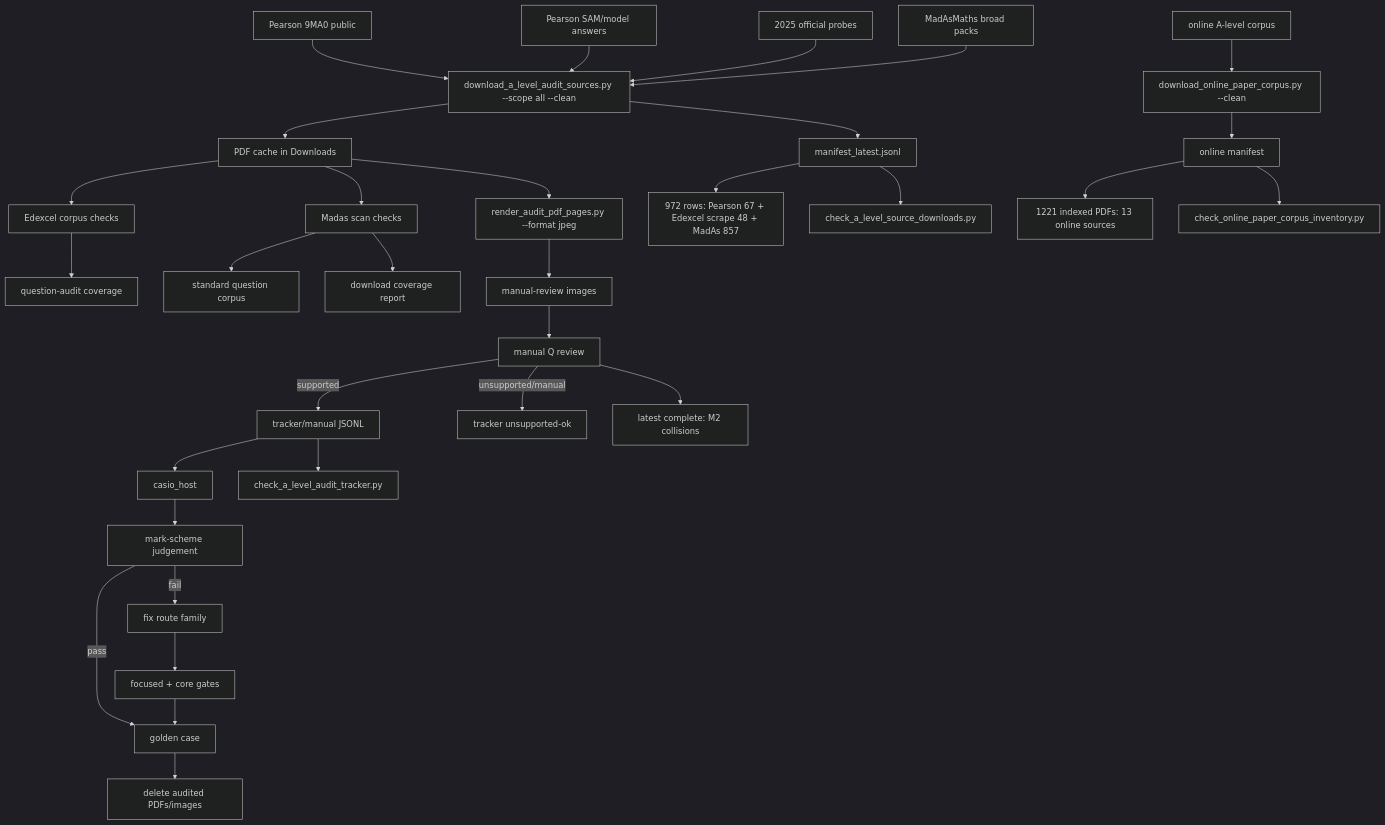
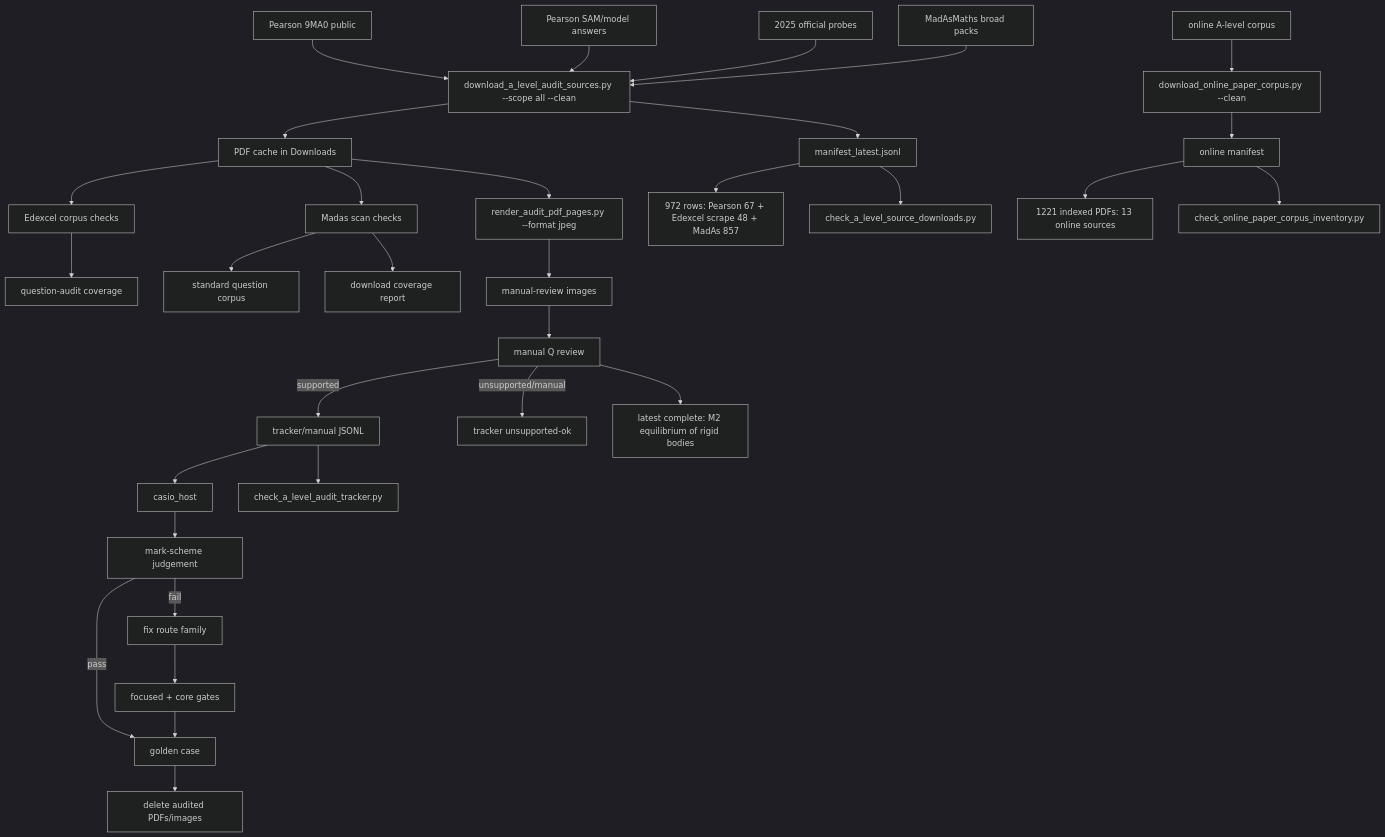
The diagram in c++/tools/golden/a_level_audit_graph.md (james8464/notes-addin-casio-fx-cg50), drawn with Mermaid (dark theme) before and after one commit. The commit also changed other lines of this file and 2 other files, not shown here.

Commit message:
Audit M2 rigid bodies booklet

````diff
--- a/c++/tools/golden/a_level_audit_graph.md
+++ b/c++/tools/golden/a_level_audit_graph.md
@@ -3,34 +3,34 @@
 ```mermaid
 graph TD
   E1["Pearson 9MA0 public"] --> D["download_a_level_audit_sources.py --scope all --clean"]
   E2["Pearson SAM/model answers"] --> D
   E3["2025 official probes"] --> D
   M1["MadAsMaths broad packs"] --> D
   O1["online A-level corpus"] --> OD["download_online_paper_corpus.py --clean"]
   D --> P["PDF cache in Downloads"]
   D --> X["manifest_latest.jsonl"]
   OD --> OX["online manifest"]
   X --> XC["972 rows: Pearson 67 + Edexcel scrape 48 + MadAs 857"]
   OX --> OC["1221 indexed PDFs: 13 online sources"]
   X --> V["check_a_level_source_downloads.py"]
   OX --> OV["check_online_paper_corpus_inventory.py"]
   P --> E["Edexcel corpus checks"]
   E --> EQ["question-audit coverage"]
   P --> S["Madas scan checks"]
   S --> M["standard question corpus"]
   S --> MC["download coverage report"]
   P --> R["render_audit_pdf_pages.py --format jpeg"]
   R --> I["manual-review images"]
   I --> Q["manual Q review"]
   Q -->|supported| J["tracker/manual JSONL"]
   Q -->|unsupported/manual| U["tracker unsupported-ok"]
   J --> H["casio_host"]
   J --> K["check_a_level_audit_tracker.py"]
   H --> C["mark-scheme judgement"]
   C -->|pass| G["golden case"]
   C -->|fail| F["fix route family"]
   F --> T["focused + core gates"]
   T --> G
   G --> Z["delete audited PDFs/images"]
-  Q --> Qt["latest complete: M2 collisions"]
+  Q --> Qt["latest complete: M2 equilibrium of rigid bodies"]
 ```
````
